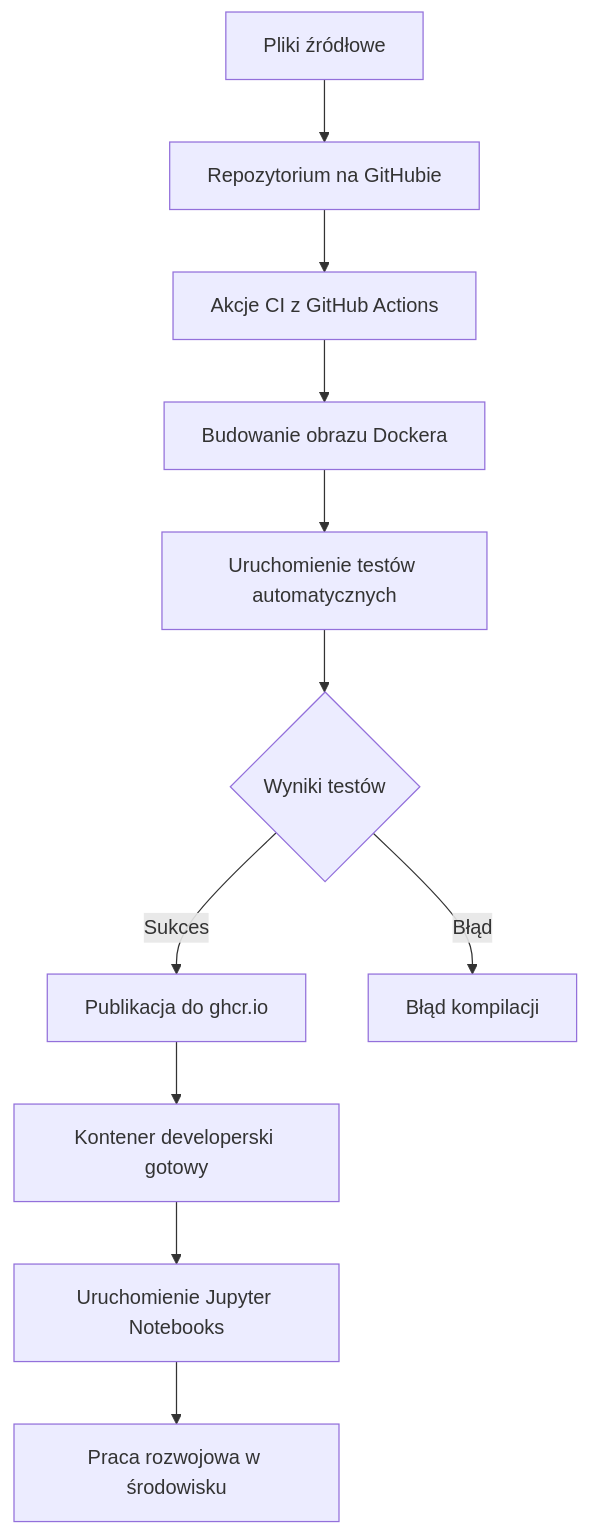
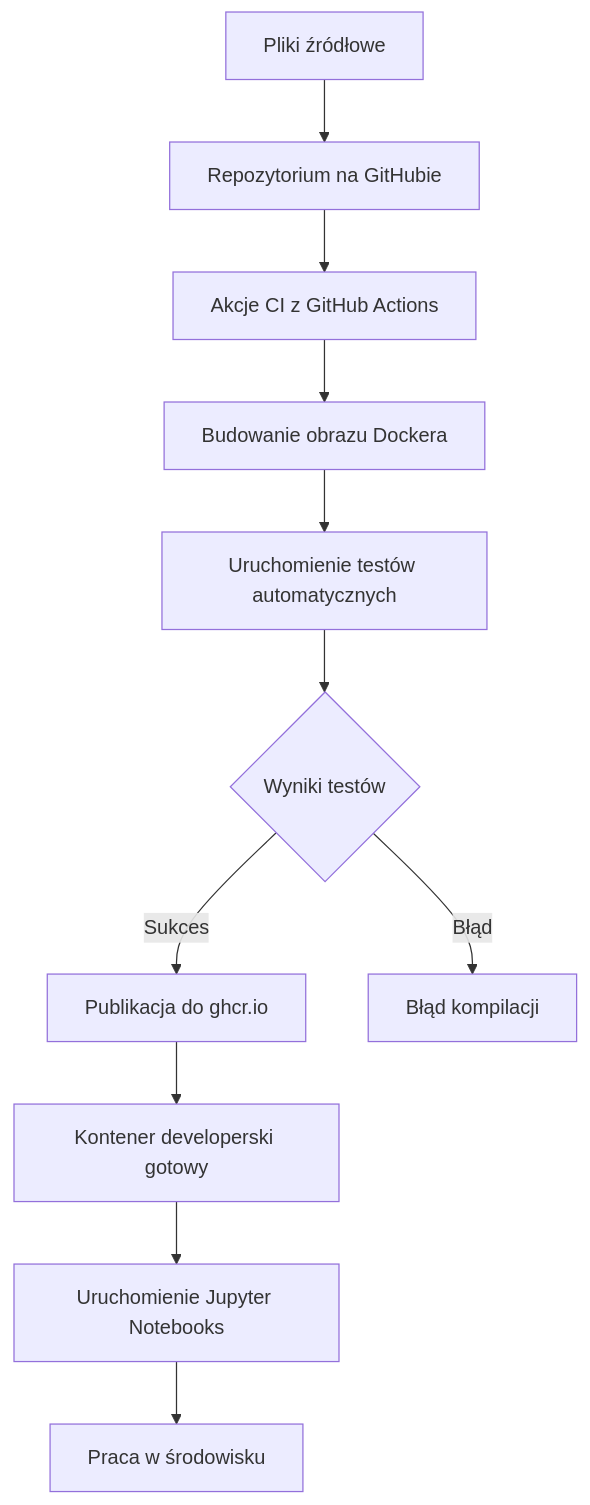
Before and after one commit to PiotrKwia/projekt_sju: the diagram in doc/raport.md, drawn with Mermaid. The commit also changed other lines of this file, not shown here.

````diff
--- a/doc/raport.md
+++ b/doc/raport.md
@@ -184,13 +184,13 @@
 ```mermaid
 graph TD
     A["Pliki źródłowe"] --> B[Repozytorium na GitHubie]
     B --> C[Akcje CI z GitHub Actions]
     C --> D[Budowanie obrazu Dockera]
     D --> E[Uruchomienie testów automatycznych]
     E --> F{Wyniki testów}
     F -->|Sukces| G[Publikacja do ghcr.io]
     F -->|Błąd| H[Błąd kompilacji]
     G --> I[Kontener developerski gotowy]
     I --> J[Uruchomienie Jupyter Notebooks]
-    J --> K[Praca rozwojowa w środowisku]
+    J --> K[Praca w środowisku]
 ```
````
